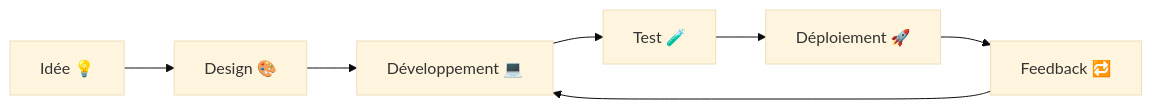
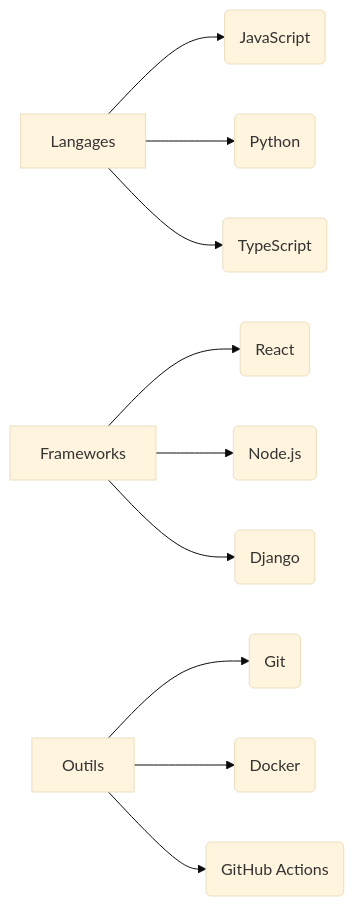
One commit to Meikaziku/Meikaziku changed the first of 4 diagrams in README.md. Above: the diagram before and after it, drawn with Mermaid (base theme). The commit also changed other lines of this file, not shown here.

````diff
--- a/README.md
+++ b/README.md
@@ -30,9 +20,14 @@
 ```mermaid
 flowchart LR
-    A[Idée 💡] --> B[Design 🎨]
-    B --> C[Développement 💻]
-    C --> D[Test 🧪]
-    D --> E[Déploiement 🚀]
-    E --> F[Feedback 🔁]
-    F --> C
+    A[Langages] --> B(JavaScript)
+    A --> C(Python)
+    A --> D(TypeScript)
+
+    E[Frameworks] --> F(React)
+    E --> G(Node.js)
+    E --> H(Django)
+
+    I[Outils] --> J(Git)
+    I --> K(Docker)
+    I --> L(GitHub Actions)
 ```
````
